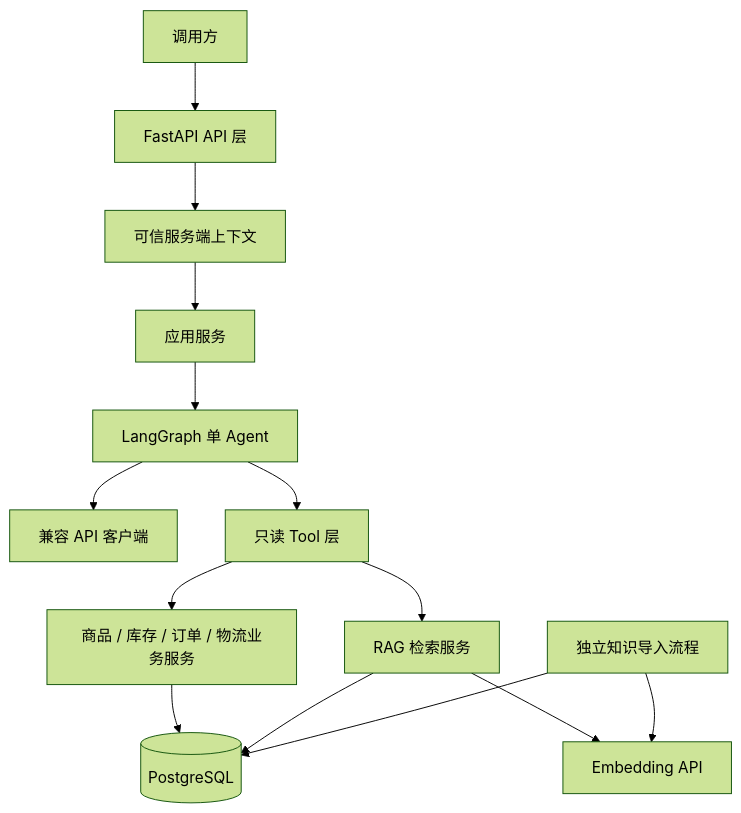
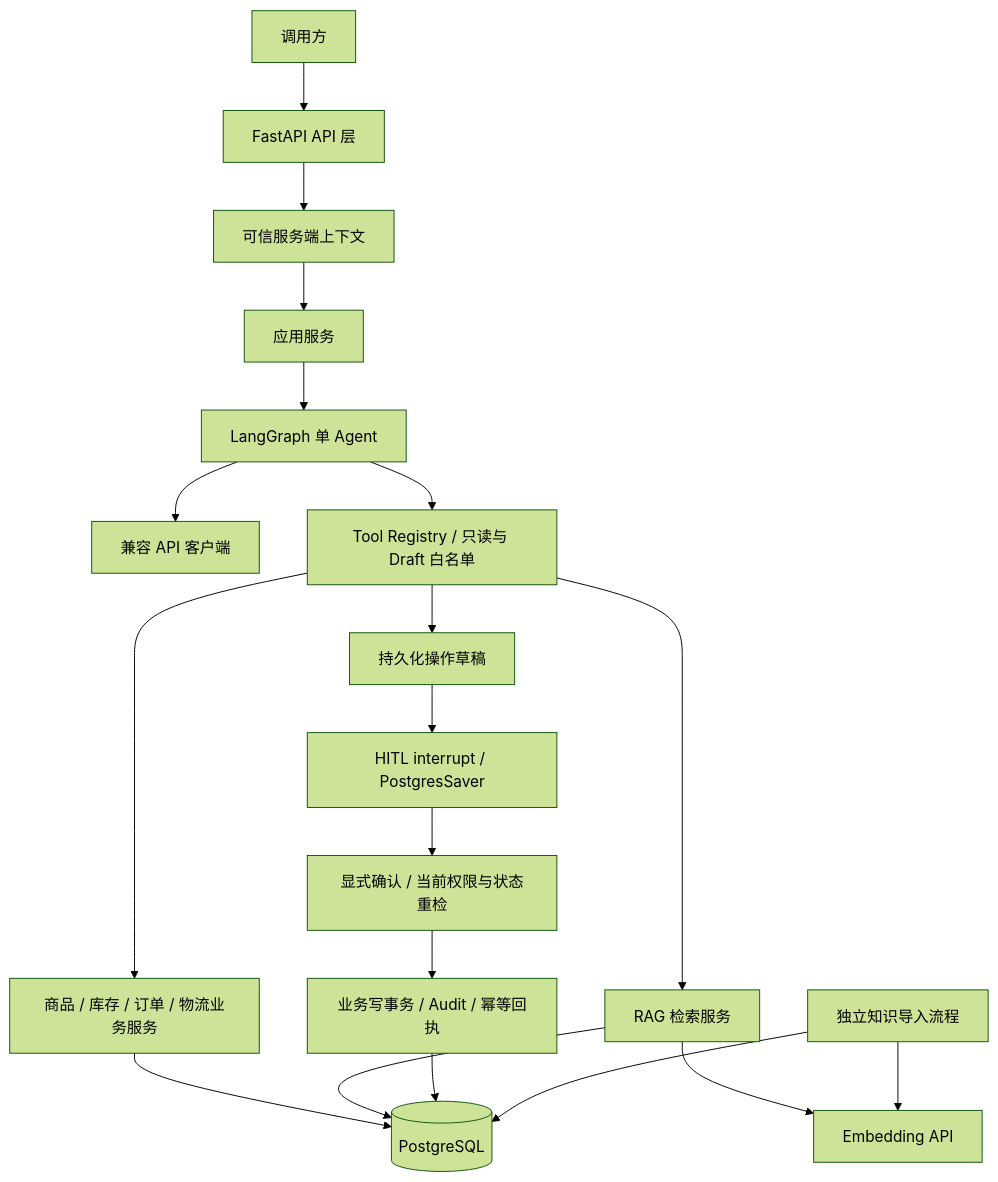
One commit to K1MOJ111/ecommerce-ops-agent changed the first of 3 diagrams in docs/architecture.md. Above: the diagram before and after it, drawn with Mermaid (forest theme). The commit also changed other lines of this file and 5 other files, not shown here.

````diff
--- a/docs/architecture.md
+++ b/docs/architecture.md
@@ -22,16 +22,21 @@
 ```mermaid
 flowchart TD
     U[调用方] --> API[FastAPI API 层]
     API --> CTX[可信服务端上下文]
     CTX --> APP[应用服务]
     APP --> G[LangGraph 单 Agent]
     G --> LLM[兼容 API 客户端]
-    G --> T[只读 Tool 层]
+    G --> T[Tool Registry / 只读与 Draft 白名单]
     T --> B[商品 / 库存 / 订单 / 物流业务服务]
     T --> R[RAG 检索服务]
     B --> DB[(PostgreSQL)]
     R --> DB
     R --> EMB[Embedding API]
+    T --> D[持久化操作草稿]
+    D --> H[HITL interrupt / PostgresSaver]
+    H --> C[显式确认 / 当前权限与状态重检]
+    C --> W[业务写事务 / Audit / 幂等回执]
+    W --> DB
     INGEST[独立知识导入流程] --> EMB
     INGEST --> DB
 ```
````
